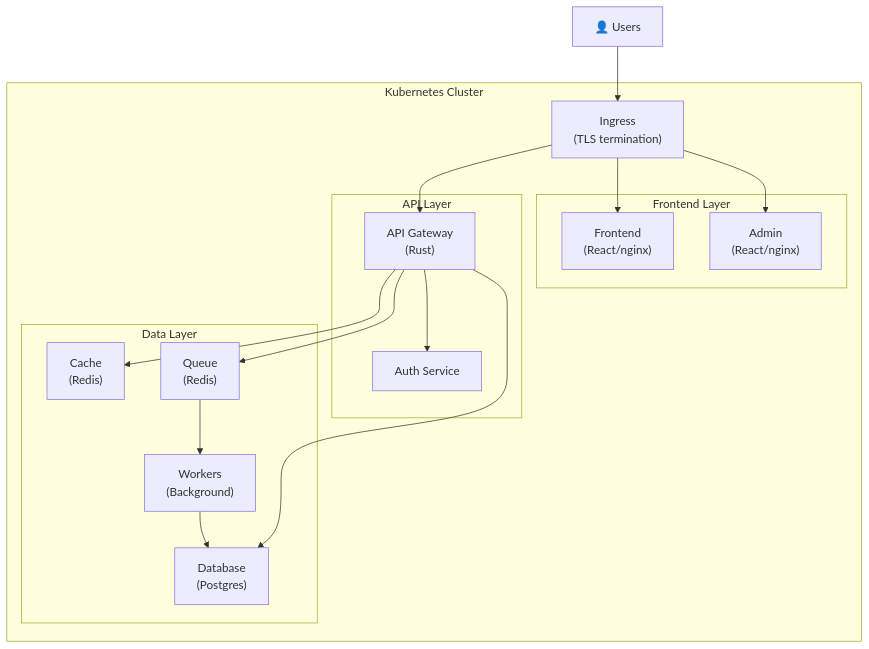
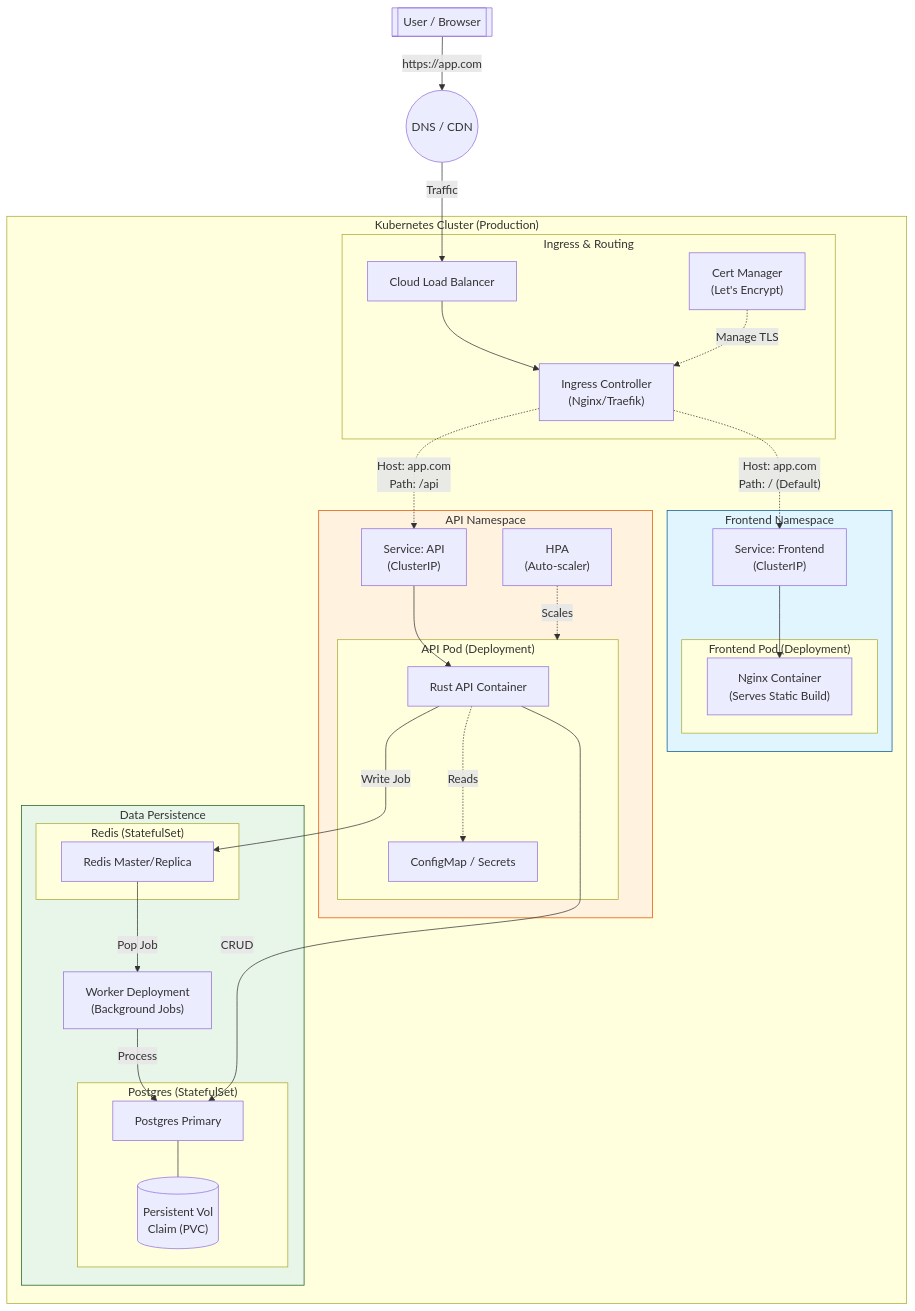
The diagram in static/patterns/from-traditional-to-kubernetes.md (mvklingeren/sk8r), drawn with Mermaid before and after one commit.

Commit message:
📝 docs(patterns): update kubernetes architecture diagram
- improve diagram clarity and detail
- add namespace separation for frontend, api, and data layers
- include ingress and routing components
- specify container technologies and service types

````diff
--- a/static/patterns/from-traditional-to-kubernetes.md
+++ b/static/patterns/from-traditional-to-kubernetes.md
@@ -488,36 +488,79 @@
 ```mermaid
 flowchart TB
-    Users["👤 Users"]
+%% External Actors
+User[["User / Browser"]]
+DNS(("DNS / CDN"))
 
-    subgraph Cluster["Kubernetes Cluster"]
-        Ingress["Ingress<br/>(TLS termination)"]
+%% Kubernetes Cluster Boundary
+subgraph Cluster["Kubernetes Cluster (Production)"]
+    
+    %% Ingress Layer
+    subgraph IngressLayer["Ingress & Routing"]
+        LB["Cloud Load Balancer"]
+        IngressCtrl["Ingress Controller<br/>(Nginx/Traefik)"]
+        CertManager["Cert Manager<br/>(Let's Encrypt)"]
+    end
+
+    %% Frontend Namespace/Layer
+    subgraph FELayer["Frontend Namespace"]
+        style FELayer fill:#e1f5fe,stroke:#01579b
         
-        subgraph Frontend["Frontend Layer"]
-            ReactApp["Frontend<br/>(React/nginx)"]
-            AdminApp["Admin<br/>(React/nginx)"]
+        subgraph FE_Pod["Frontend Pod (Deployment)"]
+            NginxFE["Nginx Container<br/>(Serves Static Build)"]
+        end
+        SVC_FE["Service: Frontend<br/>(ClusterIP)"]
+    end
+
+    %% Backend Namespace/Layer
+    subgraph APILayer["API Namespace"]
+        style APILayer fill:#fff3e0,stroke:#e65100
+        
+        subgraph API_Pod["API Pod (Deployment)"]
+            RustAPI["Rust API Container"]
+            EnvVars["ConfigMap / Secrets"]
         end
         
-        subgraph Services["API Layer"]
-            API["API Gateway<br/>(Rust)"]
-            Auth["Auth Service"]
+        SVC_API["Service: API<br/>(ClusterIP)"]
+        HPA["HPA<br/>(Auto-scaler)"]
+    end
+
+    %% Data Namespace/Layer
+    subgraph DataLayer["Data Persistence"]
+        style DataLayer fill:#e8f5e9,stroke:#1b5e20
+        
+        subgraph Redis_Set["Redis (StatefulSet)"]
+            Redis["Redis Master/Replica"]
         end
         
-        subgraph Data["Data Layer"]
-            Cache["Cache<br/>(Redis)"]
-            Queue["Queue<br/>(Redis)"]
-            Workers["Workers<br/>(Background)"]
-            DB["Database<br/>(Postgres)"]
+        subgraph DB_Set["Postgres (StatefulSet)"]
+            Postgres["Postgres Primary"]
+            PVC[("Persistent Vol<br/>Claim (PVC)")]
         end
+        
+        Worker["Worker Deployment<br/>(Background Jobs)"]
     end
+end
 
-    Users --> Ingress
-    Ingress --> ReactApp
-    Ingress --> AdminApp
-    Ingress --> API
-    API --> Auth
-    API --> Cache
-    API --> Queue
-    Queue --> Workers
-    Workers --> DB
-    API --> DB
+%% Flow Connections
+User -->|"https://app.com"| DNS
+DNS -->|"Traffic"| LB
+LB --> IngressCtrl
+
+%% Ingress Routing Rules
+IngressCtrl -.->|"Host: app.com<br/>Path: / (Default)"| SVC_FE
+IngressCtrl -.->|"Host: app.com<br/>Path: /api"| SVC_API
+CertManager -.->|"Manage TLS"| IngressCtrl
+
+%% Internal Cluster Routing
+SVC_FE --> NginxFE
+SVC_API --> RustAPI
+HPA -.->|"Scales"| API_Pod
+RustAPI -.->|"Reads"| EnvVars
+
+%% Data Flow
+RustAPI -->|"Write Job"| Redis
+Redis -->|"Pop Job"| Worker
+Worker -->|"Process"| Postgres
+RustAPI -->|"CRUD"| Postgres
+Postgres --- PVC
 ```
````
